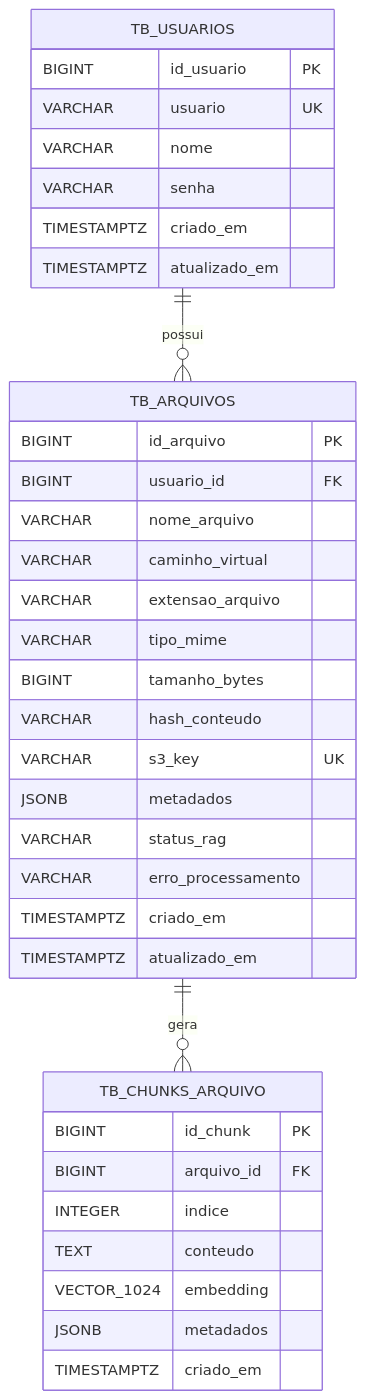
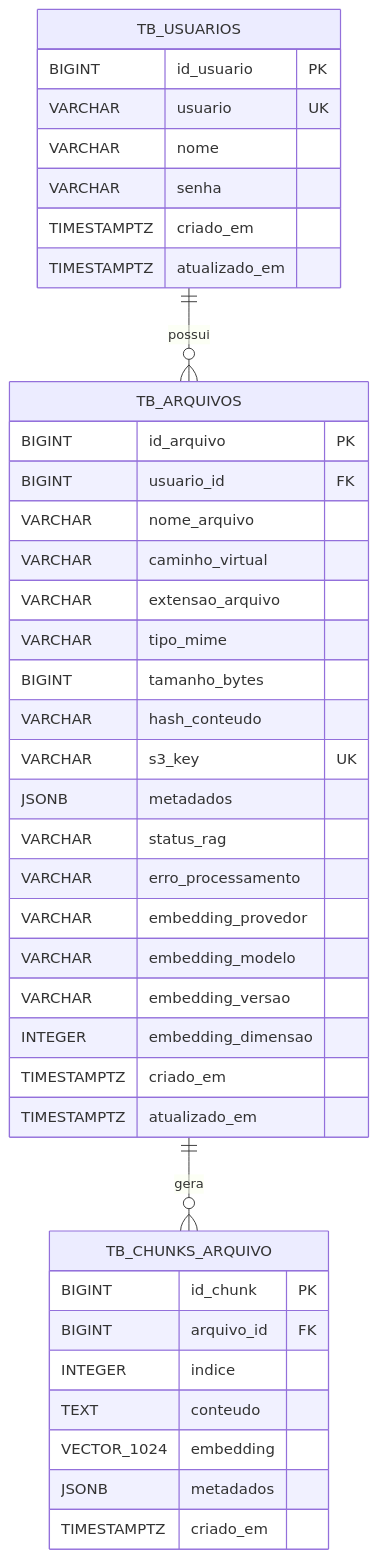
The diagram in banco-de-dados/MODELAGEM-MVP.md (VictorKLing/filemind-documentacao), drawn with Mermaid before and after one commit. The commit also changed other lines of this file and 2 other files, not shown here.

Commit message:
docs: tornar arquitetura do RAG independente de provedor

````diff
--- a/banco-de-dados/MODELAGEM-MVP.md
+++ b/banco-de-dados/MODELAGEM-MVP.md
@@ -86,41 +88,45 @@
 ```mermaid
 erDiagram
     TB_USUARIOS ||--o{ TB_ARQUIVOS : possui
     TB_ARQUIVOS ||--o{ TB_CHUNKS_ARQUIVO : gera
 
     TB_USUARIOS {
         BIGINT id_usuario PK
         VARCHAR usuario UK
         VARCHAR nome
         VARCHAR senha
         TIMESTAMPTZ criado_em
         TIMESTAMPTZ atualizado_em
     }
 
     TB_ARQUIVOS {
         BIGINT id_arquivo PK
         BIGINT usuario_id FK
         VARCHAR nome_arquivo
         VARCHAR caminho_virtual
         VARCHAR extensao_arquivo
         VARCHAR tipo_mime
         BIGINT tamanho_bytes
         VARCHAR hash_conteudo
         VARCHAR s3_key UK
         JSONB metadados
         VARCHAR status_rag
         VARCHAR erro_processamento
+        VARCHAR embedding_provedor
+        VARCHAR embedding_modelo
+        VARCHAR embedding_versao
+        INTEGER embedding_dimensao
         TIMESTAMPTZ criado_em
         TIMESTAMPTZ atualizado_em
     }
 
     TB_CHUNKS_ARQUIVO {
         BIGINT id_chunk PK
         BIGINT arquivo_id FK
         INTEGER indice
         TEXT conteudo
         VECTOR_1024 embedding
         JSONB metadados
         TIMESTAMPTZ criado_em
     }
 ```
````
